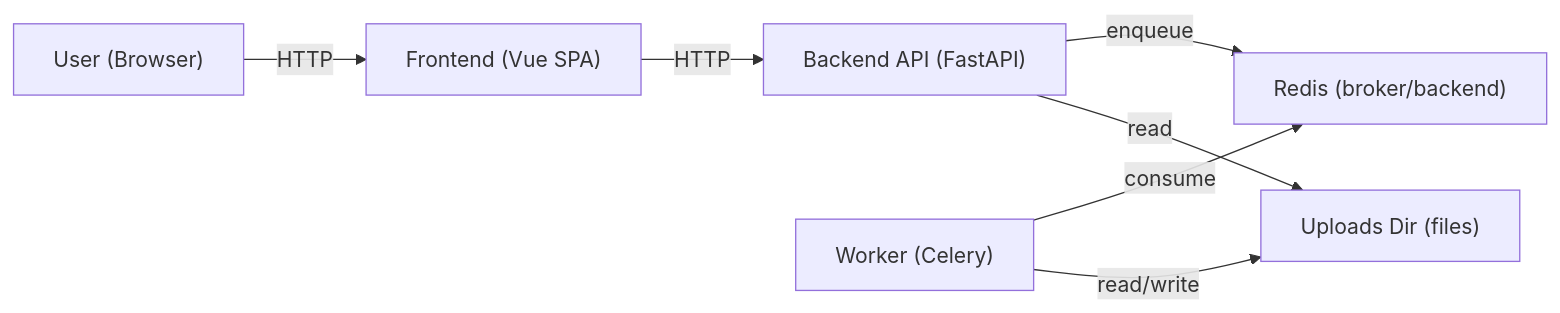
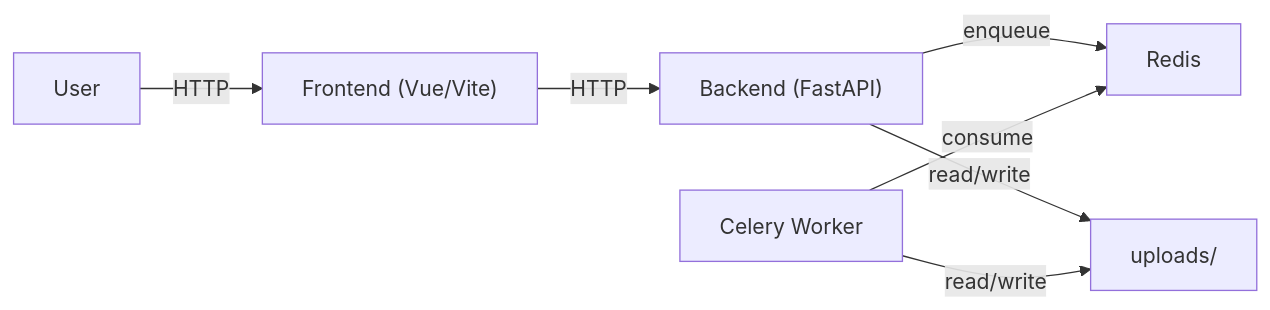
One commit to a1354013-alt/ai_subtitle_tool changed the diagram in README.md. Above: the diagram before and after it, drawn with Mermaid. The commit also changed other lines of this file and 12 other files, not shown here.

````diff
--- a/README.md
+++ b/README.md
@@ -16,9 +15,9 @@
 ```mermaid
 flowchart LR
-  U["User (Browser)"] -->|HTTP| F["Frontend (Vue SPA)"]
-  F -->|HTTP| B["Backend API (FastAPI)"]
-  B -->|enqueue| R["Redis (broker/backend)"]
-  W["Worker (Celery)"] -->|consume| R
-  W -->|read/write| FS["Uploads Dir (files)"]
-  B -->|read| FS
+  U["User"] -->|HTTP| F["Frontend (Vue/Vite)"]
+  F -->|HTTP| B["Backend (FastAPI)"]
+  B -->|enqueue| R["Redis"]
+  W["Celery Worker"] -->|consume| R
+  B -->|read/write| FS["uploads/"]
+  W -->|read/write| FS
 ```
````
